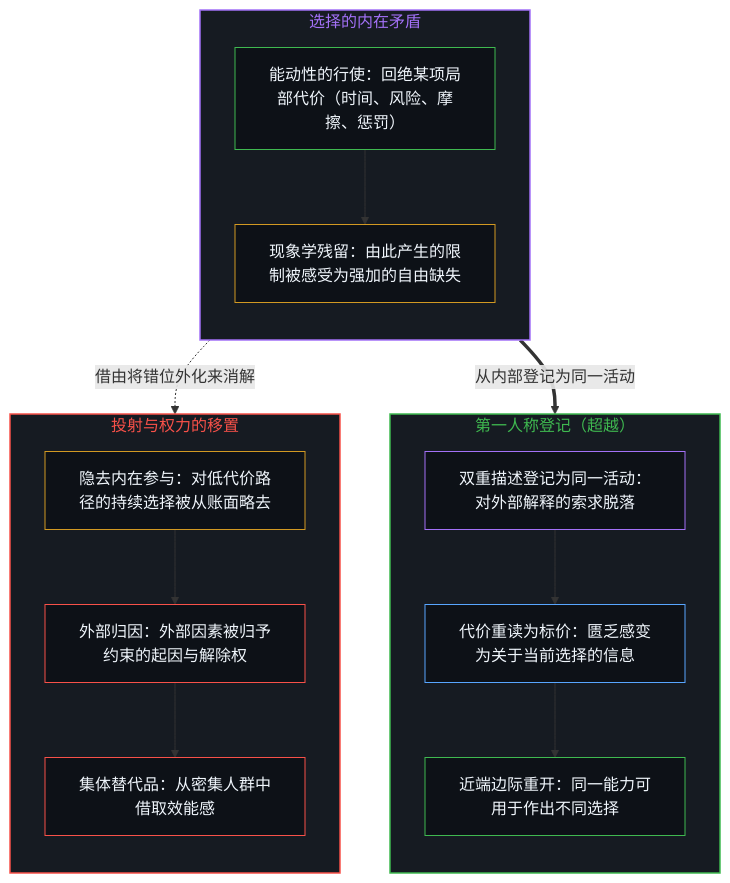
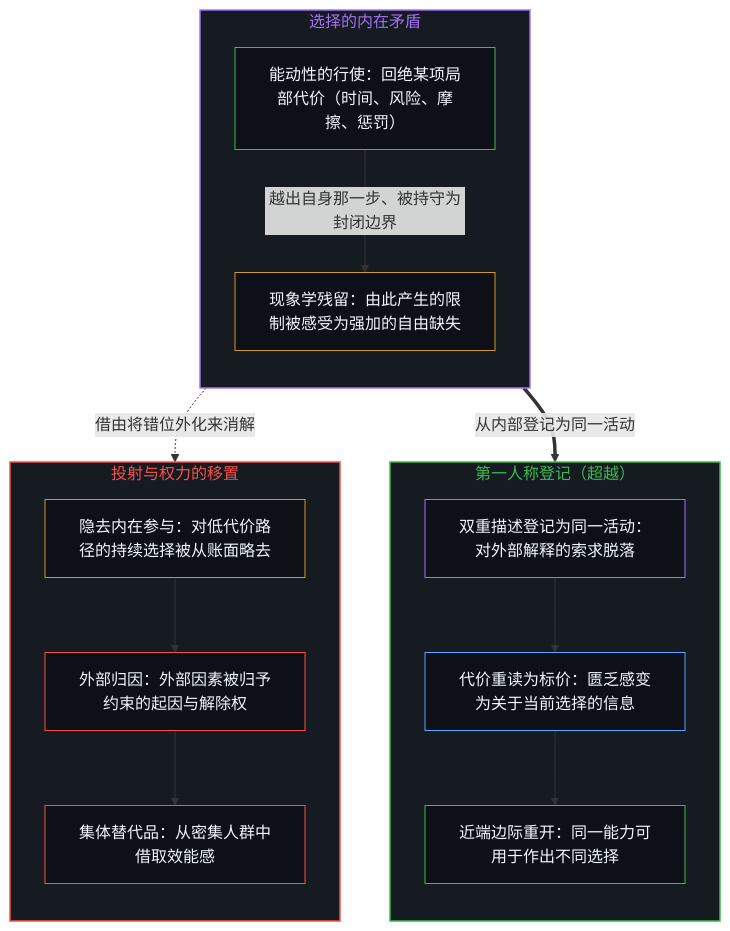
The first of 4 diagrams in content/posts/agency-contradiction-and-the-relocation-of-power.md (powerpig99/not-a-toe), drawn with Mermaid before and after one commit. The commit also changed other lines of this file and 3 other files, not shown here.

````diff
--- a/content/posts/agency-contradiction-and-the-relocation-of-power.md
+++ b/content/posts/agency-contradiction-and-the-relocation-of-power.md
@@ -31,36 +31,36 @@
 ```mermaid
 flowchart TD
     subgraph S_Act["选择的内在矛盾"]
         direction TB
         Refuse["能动性的行使：回绝某项局部代价（时间、风险、摩擦、惩罚）"]
         Mismatch["现象学残留：由此产生的限制被感受为强加的自由缺失"]
-        Refuse --> Mismatch
+        Refuse -->|"越出自身那一步、被持守为封闭边界"| Mismatch
     end
     subgraph S_Trans["第一人称登记（超越）"]
         direction TB
         Dual["双重描述登记为同一活动：对外部解释的索求脱落"]
         Price["代价重读为标价：匮乏感变为关于当前选择的信息"]
         Margin["近端边际重开：同一能力可用于作出不同选择"]
         Dual --> Price --> Margin
     end
     subgraph S_Reloc["投射与权力的移置"]
         direction TB
         Omit["隐去内在参与：对低代价路径的持续选择被从账面略去"]
         Ext["外部归因：外部因素被归予约束的起因与解除权"]
         Crowd["集体替代品：从密集人群中借取效能感"]
         Omit --> Ext --> Crowd
     end
     Mismatch ==>|"从内部登记为同一活动"| Dual
     Mismatch -.->|"借由将错位外化来消解"| Omit
     style S_Act fill:#161b22,stroke:#a371f7,stroke-width:1.5px,color:#a371f7
     style S_Trans fill:#161b22,stroke:#3fb950,stroke-width:1.5px,color:#3fb950
     style S_Reloc fill:#161b22,stroke:#f85149,stroke-width:1.5px,color:#f85149
     style Refuse fill:#0d1117,stroke:#3fb950,stroke-width:1px,color:#f0f6fc
     style Mismatch fill:#0d1117,stroke:#d29922,stroke-width:1px,color:#f0f6fc
     style Dual fill:#0d1117,stroke:#a371f7,stroke-width:1px,color:#f0f6fc
     style Price fill:#0d1117,stroke:#58a6ff,stroke-width:1px,color:#f0f6fc
     style Margin fill:#0d1117,stroke:#3fb950,stroke-width:1px,color:#f0f6fc
     style Omit fill:#0d1117,stroke:#d29922,stroke-width:1px,color:#f0f6fc
     style Ext fill:#0d1117,stroke:#f85149,stroke-width:1px,color:#f0f6fc
     style Crowd fill:#0d1117,stroke:#f85149,stroke-width:1px,color:#f0f6fc
 ```
````
